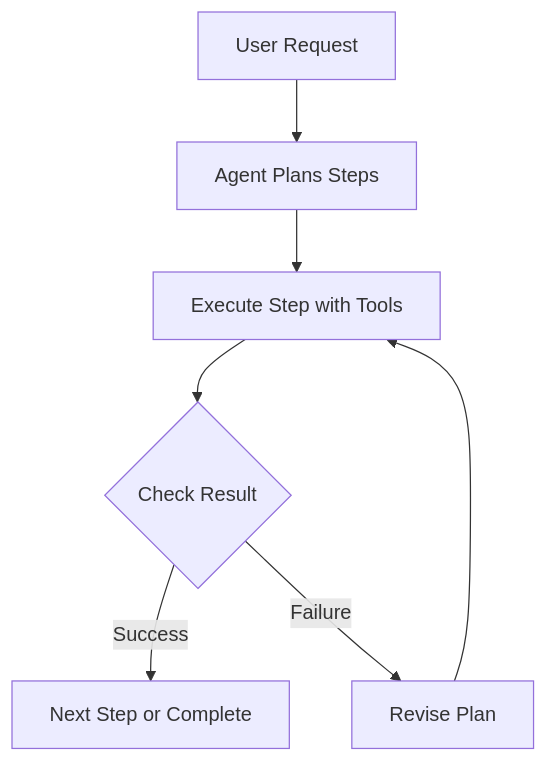
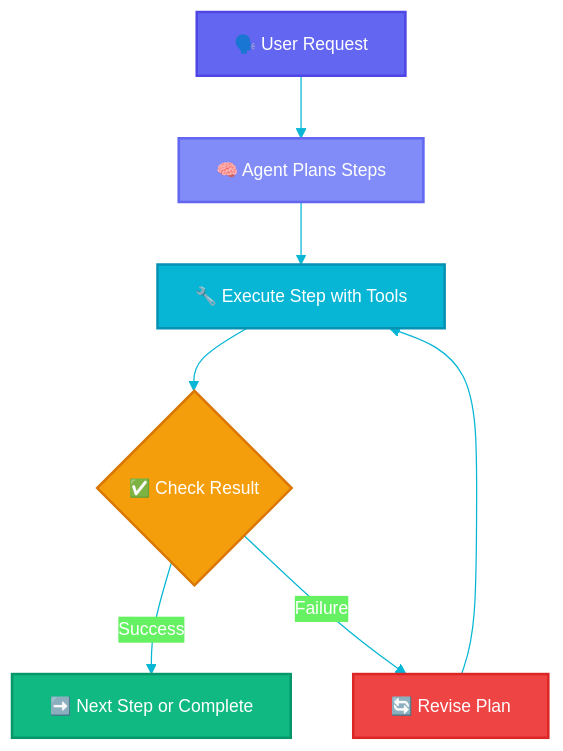
One commit to JohannesRabauer/gh-600-preparation changed the first of 12 diagrams in docs/study_notes.md. Above: the diagram before and after it, drawn with Mermaid. The commit also changed other lines of this file and 5 other files, not shown here.

First line of the commit message:
feat: add colorful animated diagrams and pictograms across study material

````diff
--- a/docs/study_notes.md
+++ b/docs/study_notes.md
@@ -56,9 +56,17 @@
 ```mermaid
+%%{init: {'theme': 'base', 'themeVariables': {'primaryColor': '#6366f1', 'primaryTextColor': '#fff', 'primaryBorderColor': '#4f46e5', 'lineColor': '#06b6d4', 'fontSize': '14px'}}}%%
 graph TD
-    A[User Request] --> B[Agent Plans Steps]
-    B --> C[Execute Step with Tools]
-    C --> D{Check Result}
-    D -->|Success| E[Next Step or Complete]
-    D -->|Failure| F[Revise Plan]
+    A[🗣️ User Request]:::start --> B[🧠 Agent Plans Steps]:::plan
+    B --> C[🔧 Execute Step with Tools]:::exec
+    C --> D{✅ Check Result}:::check
+    D -->|Success| E[➡️ Next Step or Complete]:::success
+    D -->|Failure| F[🔄 Revise Plan]:::retry
     F --> C
+
+    classDef start fill:#6366f1,stroke:#4f46e5,color:#fff,stroke-width:2px
+    classDef plan fill:#818cf8,stroke:#6366f1,color:#fff,stroke-width:2px
+    classDef exec fill:#06b6d4,stroke:#0891b2,color:#fff,stroke-width:2px
+    classDef check fill:#f59e0b,stroke:#d97706,color:#fff,stroke-width:2px
+    classDef success fill:#10b981,stroke:#059669,color:#fff,stroke-width:2px
+    classDef retry fill:#ef4444,stroke:#dc2626,color:#fff,stroke-width:2px
 ```
````
